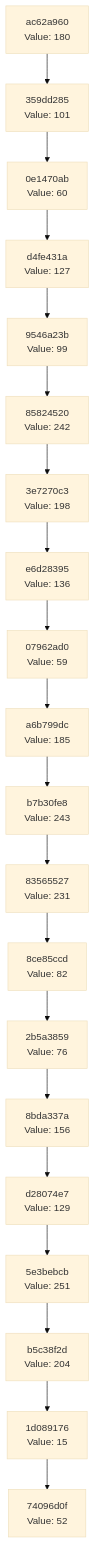
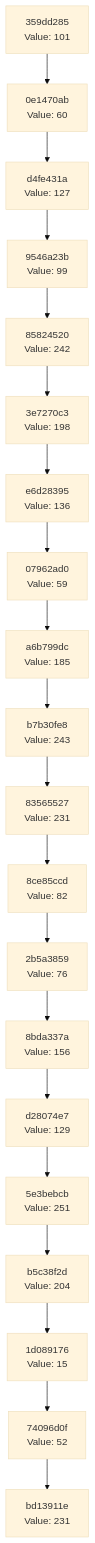
One commit to Abhisheksinha1506/hash-chain-evolver changed the diagram in docs/CHAIN_VISUALIZATION.md. Above: the diagram before and after it, drawn with Mermaid (base theme). The commit also changed 3 other files, not shown here.

````diff
--- a/docs/CHAIN_VISUALIZATION.md
+++ b/docs/CHAIN_VISUALIZATION.md
@@ -3,42 +3,42 @@
 ```mermaid
 graph TD
-    C0["74096d0f<br/>Value: 52"]
-    C1["1d089176<br/>Value: 15"]
+    C0["bd13911e<br/>Value: 231"]
+    C1["74096d0f<br/>Value: 52"]
     C1 --> C0
-    C2["b5c38f2d<br/>Value: 204"]
+    C2["1d089176<br/>Value: 15"]
     C2 --> C1
-    C3["5e3bebcb<br/>Value: 251"]
+    C3["b5c38f2d<br/>Value: 204"]
     C3 --> C2
-    C4["d28074e7<br/>Value: 129"]
+    C4["5e3bebcb<br/>Value: 251"]
     C4 --> C3
-    C5["8bda337a<br/>Value: 156"]
+    C5["d28074e7<br/>Value: 129"]
     C5 --> C4
-    C6["2b5a3859<br/>Value: 76"]
+    C6["8bda337a<br/>Value: 156"]
     C6 --> C5
-    C7["8ce85ccd<br/>Value: 82"]
+    C7["2b5a3859<br/>Value: 76"]
     C7 --> C6
-    C8["83565527<br/>Value: 231"]
+    C8["8ce85ccd<br/>Value: 82"]
     C8 --> C7
-    C9["b7b30fe8<br/>Value: 243"]
+    C9["83565527<br/>Value: 231"]
     C9 --> C8
-    C10["a6b799dc<br/>Value: 185"]
+    C10["b7b30fe8<br/>Value: 243"]
     C10 --> C9
-    C11["07962ad0<br/>Value: 59"]
+    C11["a6b799dc<br/>Value: 185"]
     C11 --> C10
-    C12["e6d28395<br/>Value: 136"]
+    C12["07962ad0<br/>Value: 59"]
     C12 --> C11
-    C13["3e7270c3<br/>Value: 198"]
+    C13["e6d28395<br/>Value: 136"]
     C13 --> C12
-    C14["85824520<br/>Value: 242"]
+    C14["3e7270c3<br/>Value: 198"]
     C14 --> C13
-    C15["9546a23b<br/>Value: 99"]
+    C15["85824520<br/>Value: 242"]
     C15 --> C14
-    C16["d4fe431a<br/>Value: 127"]
+    C16["9546a23b<br/>Value: 99"]
     C16 --> C15
-    C17["0e1470ab<br/>Value: 60"]
+    C17["d4fe431a<br/>Value: 127"]
     C17 --> C16
-    C18["359dd285<br/>Value: 101"]
+    C18["0e1470ab<br/>Value: 60"]
     C18 --> C17
-    C19["ac62a960<br/>Value: 180"]
+    C19["359dd285<br/>Value: 101"]
     C19 --> C18
 ```
````
